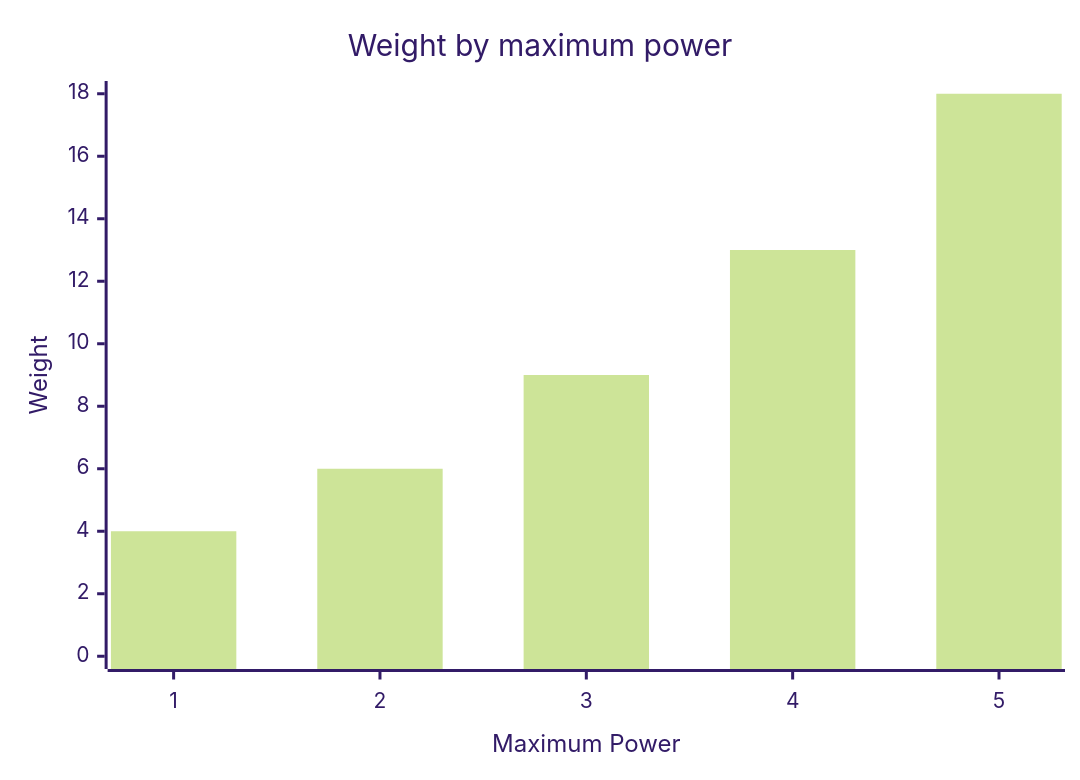
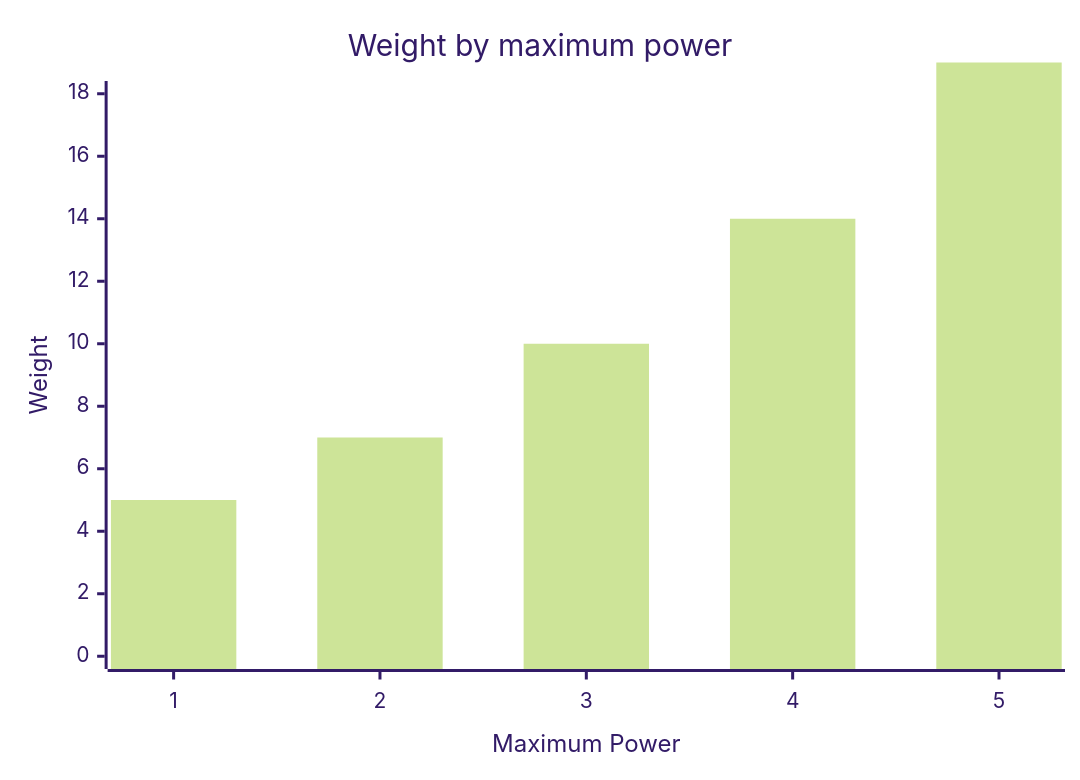
One commit to kilfour/SharpBotz changed the first of 2 diagrams in Docs/B_Bot/A_Modules/C_PoweredModules/C_RotatorTests.md. Above: the diagram before and after it, drawn with Mermaid (forest theme). The commit also changed other lines of this file and 3 other files, not shown here.

````diff
--- a/Docs/B_Bot/A_Modules/C_PoweredModules/C_RotatorTests.md
+++ b/Docs/B_Bot/A_Modules/C_PoweredModules/C_RotatorTests.md
@@ -30,7 +30,7 @@
 ```mermaid
 xychart-beta
     title "Weight by maximum power"
     x-axis "Maximum Power" [1, 2, 3, 4, 5]
     y-axis "Weight" 0 --> 18
-    bar [4, 6, 9, 13, 18]
+    bar [5, 7, 10, 14, 19]
 ```
````
